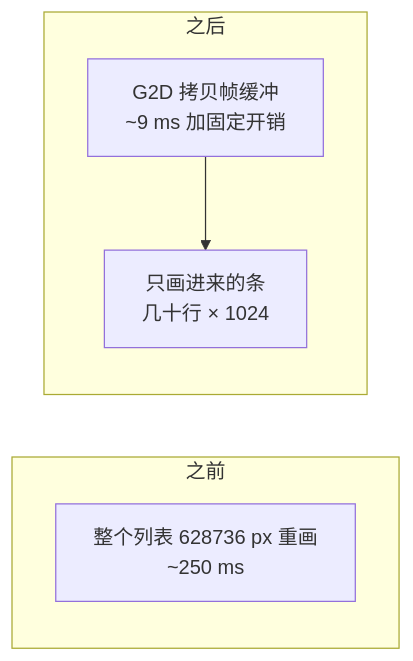
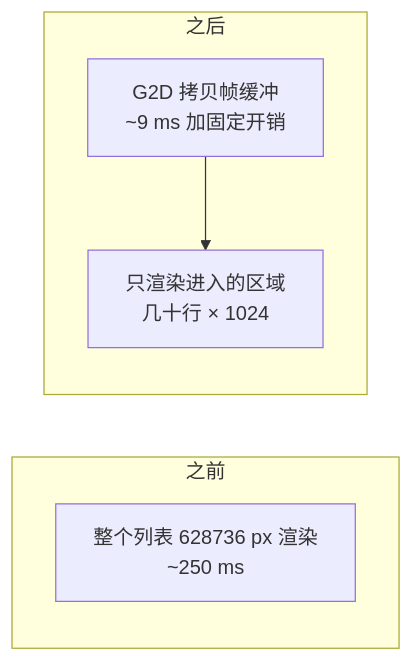
Before and after one commit to YuzukiTsuru/YuzukiTsuru.GitHub.io: the second of 6 diagrams in source/_posts/2026-10-14-lvgl-fast-scroll.md, drawn with Mermaid. The commit also changed other lines of this file and 2 other files, not shown here.

````diff
--- a/source/_posts/2026-10-14-lvgl-fast-scroll.md
+++ b/source/_posts/2026-10-14-lvgl-fast-scroll.md
@@ -37,11 +37,11 @@
 ```mermaid
 flowchart LR
     subgraph 之前
-    A1["整个列表 628736 px 重画<br/>~250 ms"]
+    A1["整个列表 628736 px 渲染<br/>~250 ms"]
     end
     subgraph 之后
     B1["G2D 拷贝帧缓冲<br/>~9 ms 加固定开销"]
-    B2["只画进来的条<br/>几十行 × 1024"]
+    B2["只渲染进入的区域<br/>几十行 × 1024"]
     B1 --> B2
     end
 ```
````
